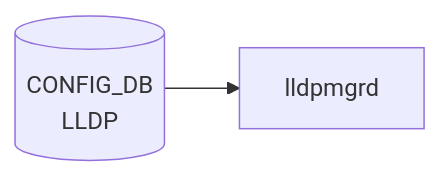
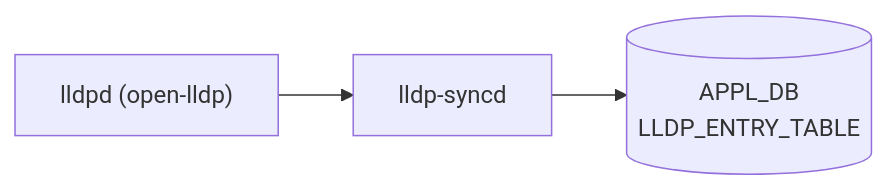
The diagram in docs/reference/config-db/lldp-state.md (aoki-taquan/sonic-unofficial-docs), drawn with Mermaid before and after one commit. The commit also changed other lines of this file and 4 other files, not shown here.

First line of the commit message:
fix(review-092): correct Phase label and APPL_DB mermaid in lldp pages

````diff
--- a/docs/reference/config-db/lldp-state.md
+++ b/docs/reference/config-db/lldp-state.md
@@ -44,6 +44,7 @@
 ```mermaid
 flowchart LR
-  CDB[("CONFIG_DB<br/>LLDP")]
-  DM["lldpmgrd"]
-  CDB --> DM
+  lldpd["lldpd (open-lldp)"]
+  syncd["lldp-syncd"]
+  APPL[("APPL_DB<br/>LLDP_ENTRY_TABLE")]
+  lldpd --> syncd --> APPL
 ```
````
